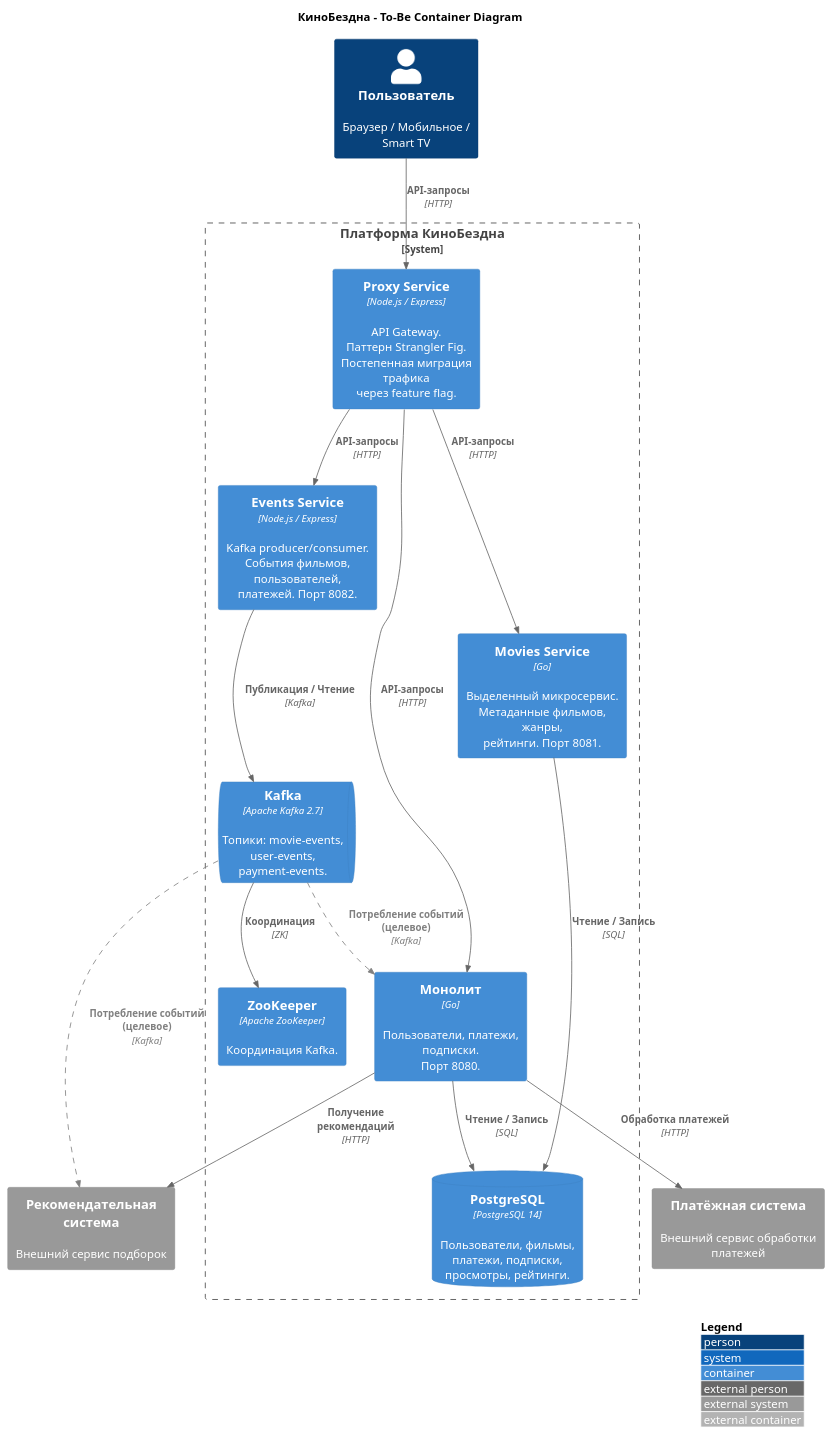
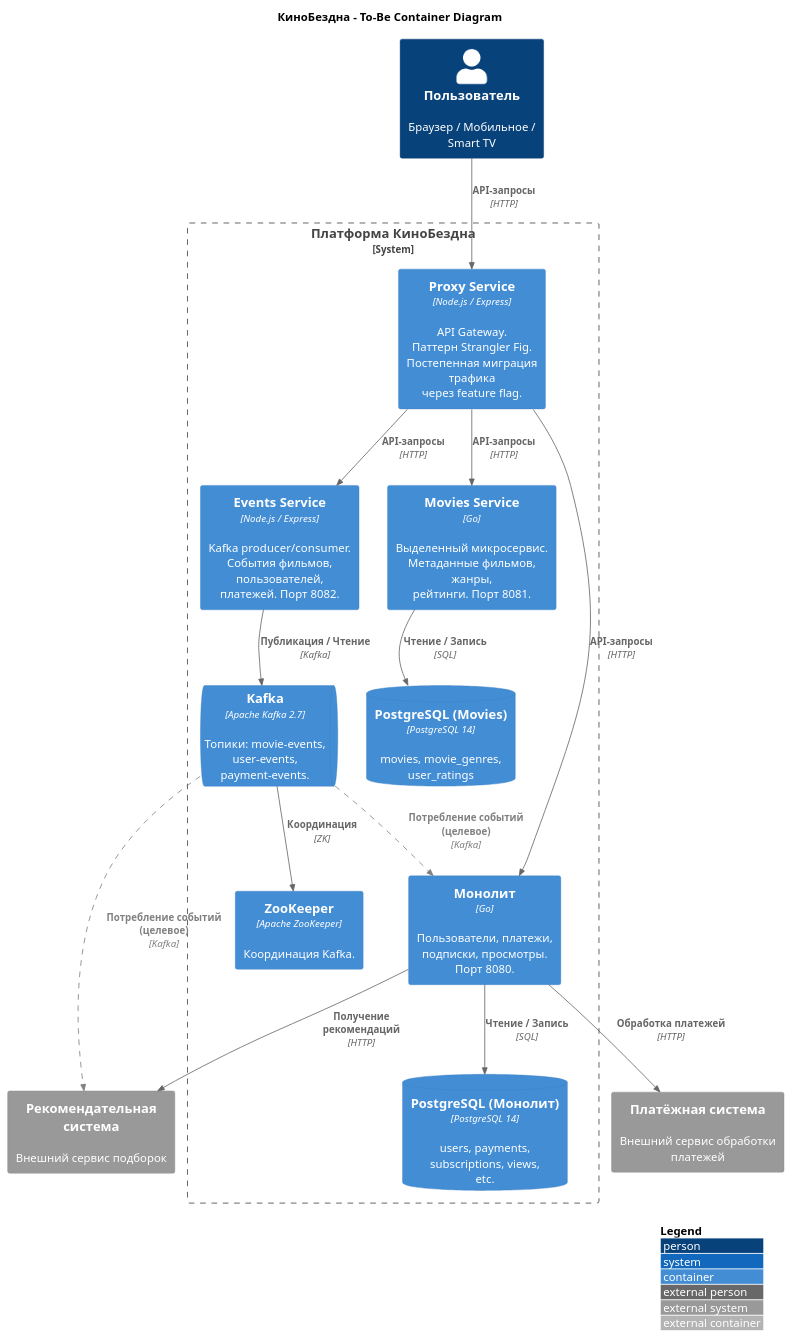
One commit to SiritosKon/architecture-cinemaabyss changed the diagram in docs/c4-container-diagram.puml. Above: the diagram before and after it, drawn with PlantUML. The commit also changed 1 other file, not shown here.

Commit message:
feat: split shared PostgreSQL into per-service databases on C4 diagram
Replaced single shared PostgreSQL with two separate database containers
to reflect database-per-service principle:
- PostgreSQL (Монолит): users, payments, subscriptions, views, etc.
- PostgreSQL (Movies): movies, movie_genres, user_ratings

Also updated monolith description to include "просмотры" (views).

```diff
--- a/docs/c4-container-diagram.puml
+++ b/docs/c4-container-diagram.puml
@@ -1,49 +1,51 @@
 @startuml c4-container-diagram
 !include https://raw.githubusercontent.com/plantuml-stdlib/C4-PlantUML/master/C4_Container.puml
 
 LAYOUT_WITH_LEGEND()
 
 AddRelTag("future", $lineStyle = DashedLine(), $lineColor = "gray", $textColor = "gray")
 
 title КиноБездна - To-Be Container Diagram
 
 Person(user, "Пользователь", "Браузер / Мобильное / Smart TV")
 
 System_Ext(recsys, "Рекомендательная система", "Внешний сервис подборок")
 System_Ext(payment, "Платёжная система", "Внешний сервис обработки платежей")
 
 System_Boundary(platform, "Платформа КиноБездна") {
 
     Container(proxy, "Proxy Service", "Node.js / Express", "API Gateway.\nПаттерн Strangler Fig.\nПостепенная миграция трафика\nчерез feature flag.")
 
-    Container(monolith, "Монолит", "Go", "Пользователи, платежи,\nподписки.\nПорт 8080.")
+    Container(monolith, "Монолит", "Go", "Пользователи, платежи,\nподписки, просмотры.\nПорт 8080.")
 
     Container(movies, "Movies Service", "Go", "Выделенный микросервис.\nМетаданные фильмов, жанры,\nрейтинги. Порт 8081.")
 
     Container(events, "Events Service", "Node.js / Express", "Kafka producer/consumer.\nСобытия фильмов, пользователей,\nплатежей. Порт 8082.")
 
-    ContainerDb(postgres, "PostgreSQL", "PostgreSQL 14", "Пользователи, фильмы,\nплатежи, подписки,\nпросмотры, рейтинги.")
+    ContainerDb(postgres_monolith, "PostgreSQL (Монолит)", "PostgreSQL 14", "users, payments,\nsubscriptions, views,\netc.")
+
+    ContainerDb(postgres_movies, "PostgreSQL (Movies)", "PostgreSQL 14", "movies, movie_genres,\nuser_ratings")
 
     ContainerQueue(kafka, "Kafka", "Apache Kafka 2.7", "Топики: movie-events,\nuser-events,\npayment-events.")
 
     Container(zookeeper, "ZooKeeper", "Apache ZooKeeper", "Координация Kafka.")
 }
 
 Rel(user, proxy, "API-запросы", "HTTP")
 Rel(proxy, monolith, "API-запросы", "HTTP")
 Rel(proxy, movies, "API-запросы", "HTTP")
 Rel(proxy, events, "API-запросы", "HTTP")
 
-Rel(monolith, postgres, "Чтение / Запись", "SQL")
-Rel(movies, postgres, "Чтение / Запись", "SQL")
+Rel(monolith, postgres_monolith, "Чтение / Запись", "SQL")
+Rel(movies, postgres_movies, "Чтение / Запись", "SQL")
 
 Rel(events, kafka, "Публикация / Чтение", "Kafka")
 Rel(kafka, zookeeper, "Координация", "ZK")
 
 Rel(monolith, recsys, "Получение рекомендаций", "HTTP")
 Rel(monolith, payment, "Обработка платежей", "HTTP")
 
 Rel(kafka, monolith, "Потребление событий (целевое)", "Kafka", $tags="future")
 Rel(kafka, recsys, "Потребление событий (целевое)", "Kafka", $tags="future")
 
 @enduml
```
